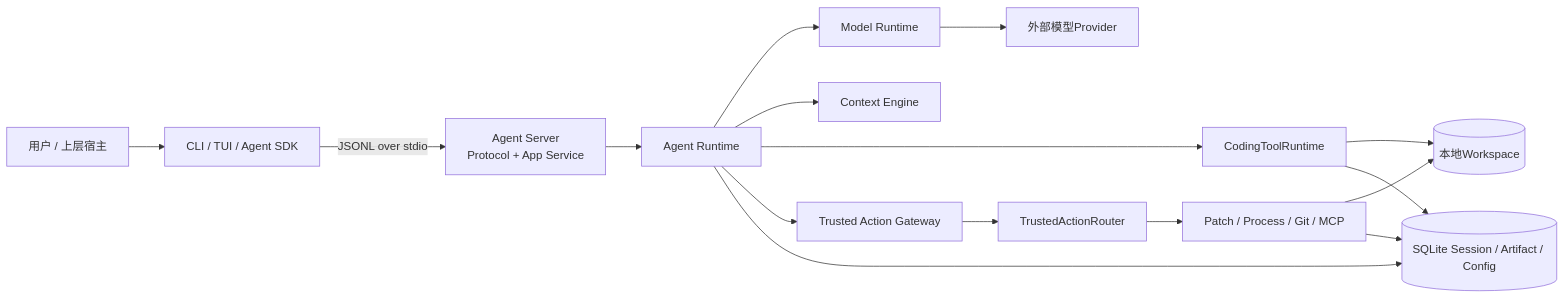
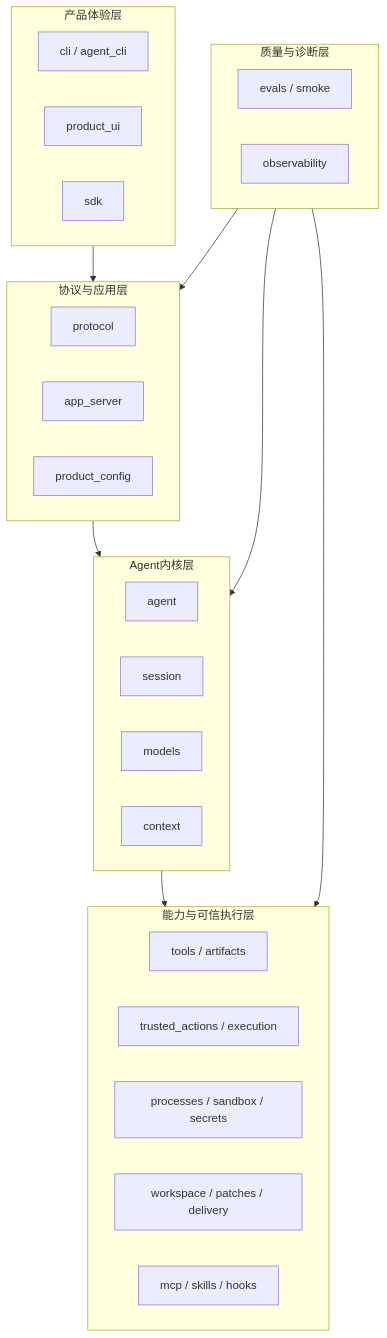
The second of 7 diagrams in docs/architecture.md (carrie1988/Harnessix), drawn with Mermaid before and after one commit. The commit also changed other lines of this file and 121 other files, not shown here.

Commit message:
refactor: 收敛为单一 Coding Agent 运行时

````diff
--- a/docs/architecture.md
+++ b/docs/architecture.md
@@ -309,26 +153,34 @@
 ```mermaid
-flowchart LR
-    User[用户 / 上层宿主]
-    Client[CLI / TUI / Agent SDK]
-    Product[Agent Server<br/>Protocol + App Service]
-    Agent[Agent Runtime]
-    Models[Model Runtime]
-    Provider[外部模型Provider]
-    Context[Context Engine]
-    Tools[CodingToolRuntime]
-    Gateway[Trusted Action Gateway]
-    Router[TrustedActionRouter]
-    Executors[Patch / Process / Git / MCP]
-    Workspace[(本地Workspace)]
-    Session[(SQLite Session / Artifact / Config)]
-
-    User --> Client -->|JSONL over stdio| Product --> Agent
-    Agent --> Models --> Provider
-    Agent --> Context
-    Agent --> Tools --> Workspace
-    Agent --> Gateway --> Router --> Executors
-    Executors --> Workspace
-    Agent --> Session
-    Tools --> Session
-    Executors --> Session
+flowchart TB
+    subgraph Experience[产品体验层]
+        CLI[cli / agent_cli]
+        UI[product_ui]
+        SDK[sdk]
+    end
+    subgraph ProtocolLayer[协议与应用层]
+        Protocol[protocol]
+        App[app_server]
+        Config[product_config]
+    end
+    subgraph Kernel[Agent内核层]
+        Agent[agent]
+        Session[session]
+        Models[models]
+        Context[context]
+    end
+    subgraph Capability[能力与可信执行层]
+        Tools[tools / artifacts]
+        Trusted[trusted_actions / execution]
+        Process[processes / sandbox / secrets]
+        Delivery[workspace / patches / delivery]
+        Extensions[mcp / skills / hooks]
+    end
+    subgraph Quality[质量与诊断层]
+        Evals[evals / smoke]
+        Obs[observability]
+    end
+    Experience --> ProtocolLayer --> Kernel --> Capability
+    Quality --> ProtocolLayer
+    Quality --> Kernel
+    Quality --> Capability
 ```
````
